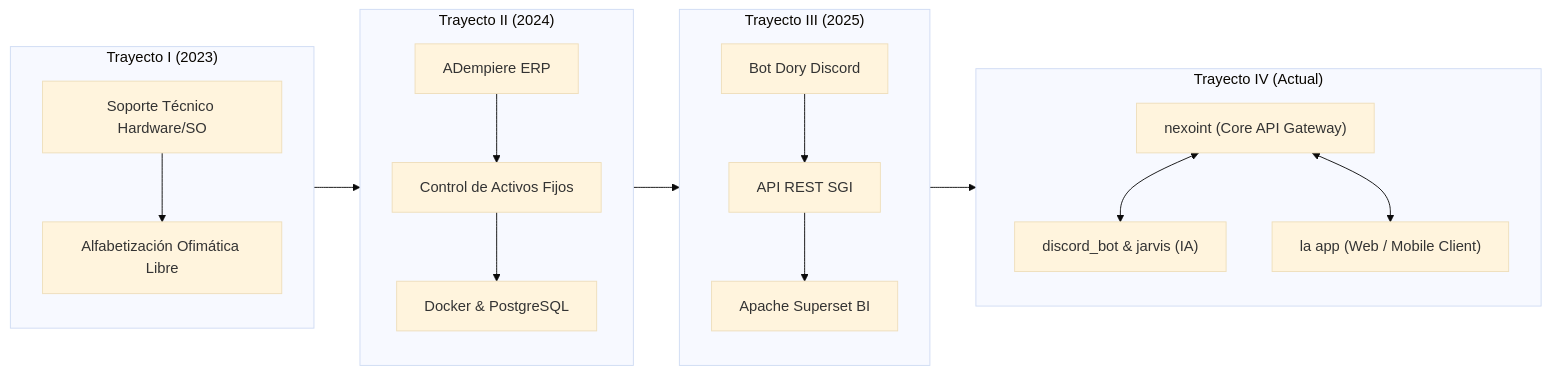
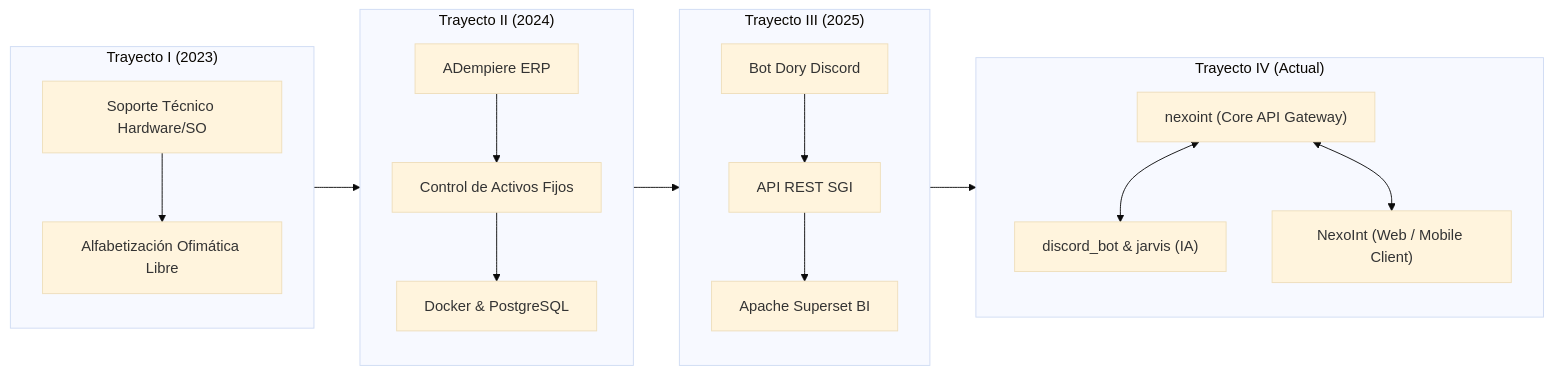
The diagram in README.md (jesusalbujas/CONTROL-PST), drawn with Mermaid (base theme) before and after one commit. The commit also changed other lines of this file and 3 other files, not shown here.

Commit message:
docs: standardize frontend app naming to NexoInt across all PST IV documentation

````diff
--- a/README.md
+++ b/README.md
@@ -61,23 +61,23 @@
 ```mermaid
 flowchart LR
     subgraph T1["Trayecto I (2023)"]
         A1["Soporte Técnico Hardware/SO"] --> A2["Alfabetización Ofimática Libre"]
     end
 
     subgraph T2["Trayecto II (2024)"]
         B1["ADempiere ERP"] --> B2["Control de Activos Fijos"]
         B2 --> B3["Docker & PostgreSQL"]
     end
 
     subgraph T3["Trayecto III (2025)"]
         C1["Bot Dory Discord"] --> C2["API REST SGI"]
         C2 --> C3["Apache Superset BI"]
     end
 
     subgraph T4["Trayecto IV (Actual)"]
         D1["nexoint (Core API Gateway)"] <--> D2["discord_bot & jarvis (IA)"]
-        D1 <--> D3["la app (Web / Mobile Client)"]
+        D1 <--> D3["NexoInt (Web / Mobile Client)"]
     end
 
     T1 --> T2 --> T3 --> T4
 ```
````
